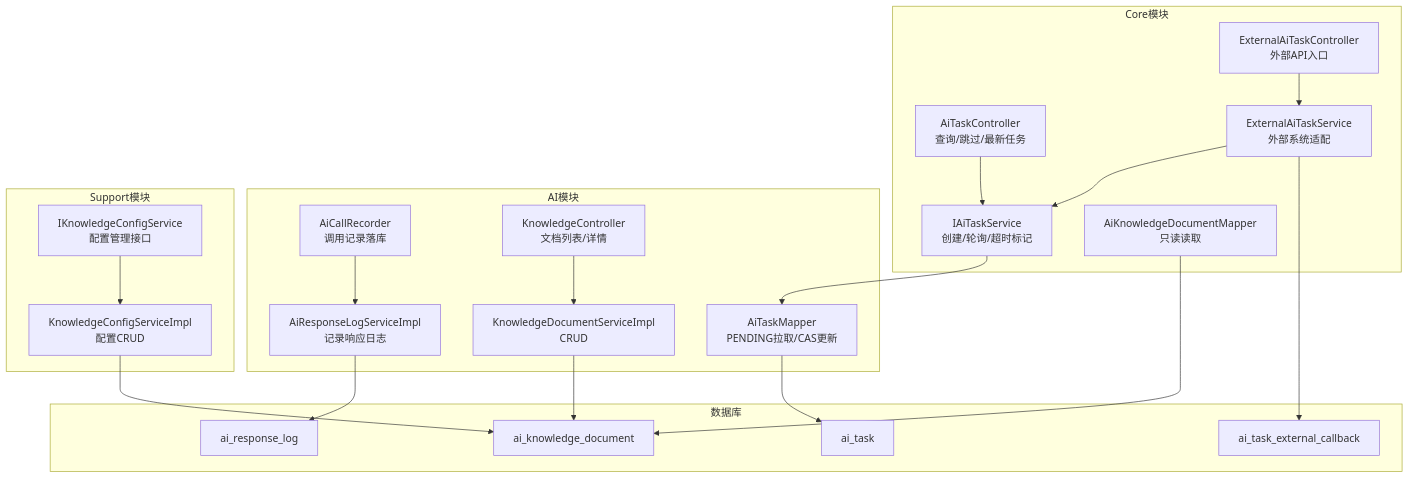
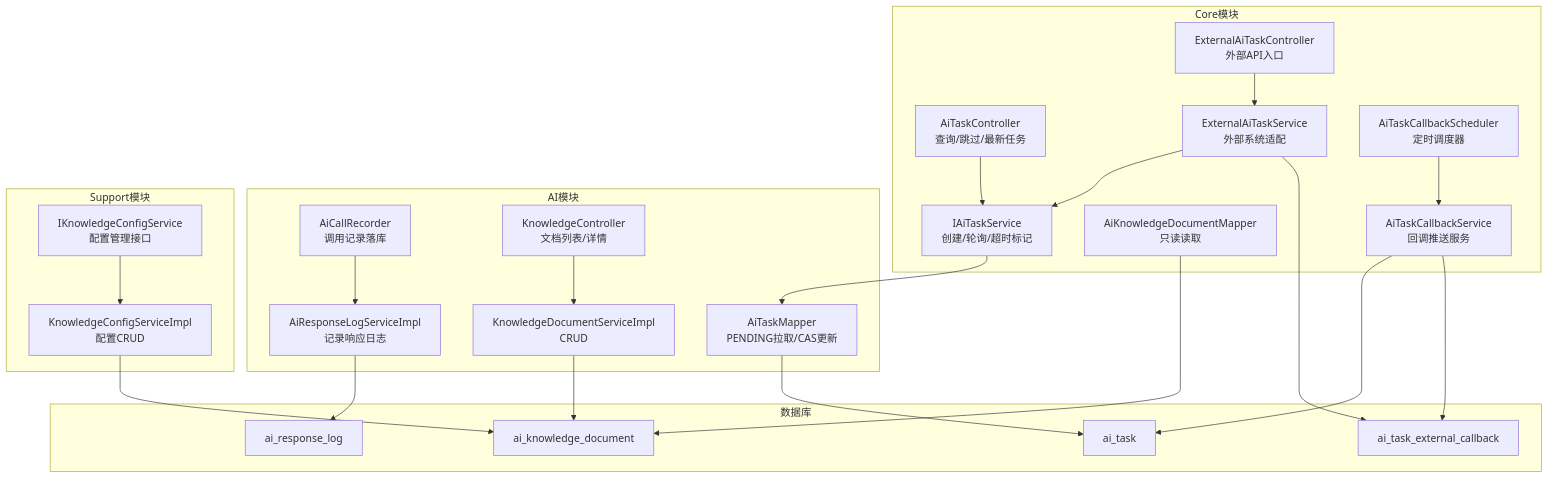
Before and after one commit to DrunkFood/First: the first of 6 diagrams in .qoder/repowiki/zh/content/数据库设计/AI任务相关数据.md, drawn with Mermaid. The commit also changed other lines of this file and 66 other files, not shown here.

````diff
--- a/.qoder/repowiki/zh/content/数据库设计/AI任务相关数据.md
+++ b/.qoder/repowiki/zh/content/数据库设计/AI任务相关数据.md
@@ -68,40 +70,45 @@
 ```mermaid
 graph TB
 subgraph "数据库"
 A["ai_task"]
 B["ai_response_log"]
 C["ai_knowledge_document"]
 D["ai_task_external_callback"]
 end
 subgraph "Core模块"
 E["AiTaskController<br/>查询/跳过/最新任务"]
 F["IAiTaskService<br/>创建/轮询/超时标记"]
 G["AiKnowledgeDocumentMapper<br/>只读读取"]
 H["ExternalAiTaskService<br/>外部系统适配"]
 I["ExternalAiTaskController<br/>外部API入口"]
+J["AiTaskCallbackService<br/>回调推送服务"]
+K["AiTaskCallbackScheduler<br/>定时调度器"]
 end
 subgraph "AI模块"
-J["AiTaskMapper<br/>PENDING拉取/CAS更新"]
-K["AiCallRecorder<br/>调用记录落库"]
-L["AiResponseLogServiceImpl<br/>记录响应日志"]
-M["KnowledgeController<br/>文档列表/详情"]
-N["KnowledgeDocumentServiceImpl<br/>CRUD"]
+L["AiTaskMapper<br/>PENDING拉取/CAS更新"]
+M["AiCallRecorder<br/>调用记录落库"]
+N["AiResponseLogServiceImpl<br/>记录响应日志"]
+O["KnowledgeController<br/>文档列表/详情"]
+P["KnowledgeDocumentServiceImpl<br/>CRUD"]
 end
 subgraph "Support模块"
-O["IKnowledgeConfigService<br/>配置管理接口"]
-P["KnowledgeConfigServiceImpl<br/>配置CRUD"]
+Q["IKnowledgeConfigService<br/>配置管理接口"]
+R["KnowledgeConfigServiceImpl<br/>配置CRUD"]
 end
 E --> F
-F --> J
-J --> A
-K --> L
-L --> B
+F --> L
+L --> A
 M --> N
-N --> C
+N --> B
 O --> P
 P --> C
+Q --> R
+R --> C
 G --> C
 I --> H
 H --> D
 H --> F
+J --> D
+J --> A
+K --> J
 ```
````
